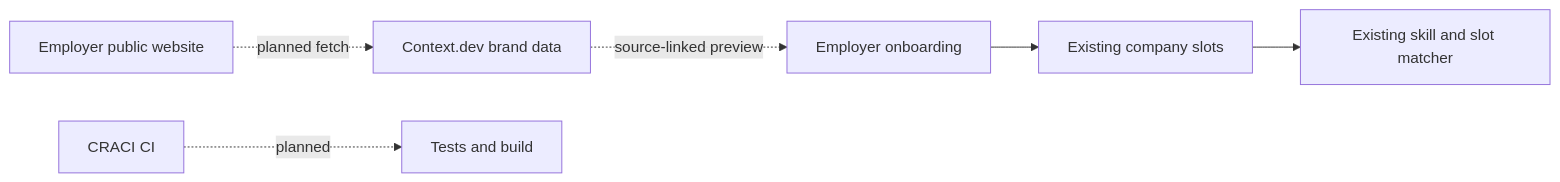
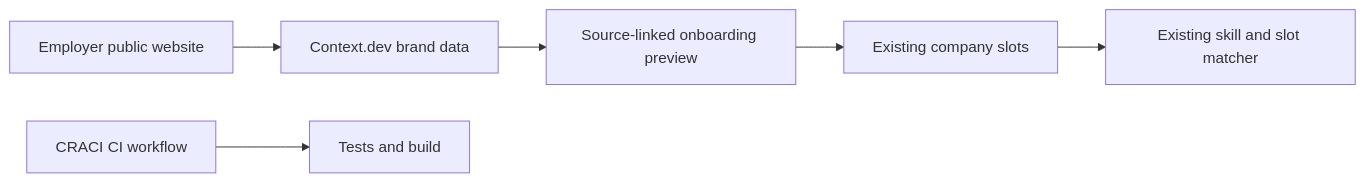
Before and after one commit to 13shreyansh/espoo-common-ground: the second of 2 diagrams in README.md, drawn with Mermaid. The commit also changed other lines of this file, not shown here.

Commit message:
Document the implemented employer website enrichment

````diff
--- a/README.md
+++ b/README.md
@@ -78,8 +78,8 @@
 ```mermaid
 flowchart LR
-    D[Employer public website] -. planned fetch .-> C[Context.dev brand data]
-    C -. source-linked preview .-> O[Employer onboarding]
+    D[Employer public website] --> C[Context.dev brand data]
+    C --> O[Source-linked onboarding preview]
     O --> S[Existing company slots]
     S --> M[Existing skill and slot matcher]
-    R[CRACI CI] -. planned .-> T[Tests and build]
+    R[CRACI CI workflow] --> T[Tests and build]
 ```
````
